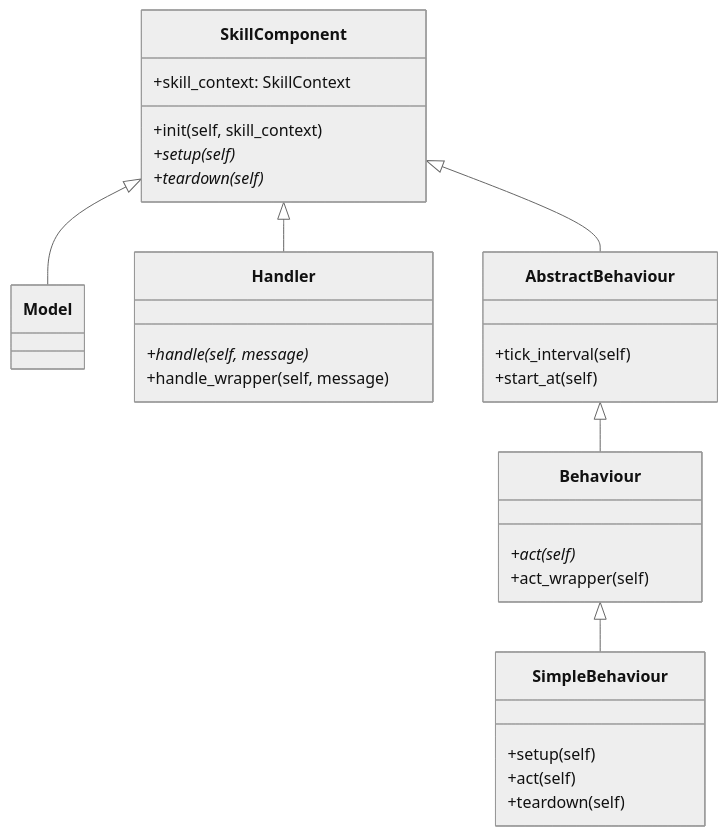
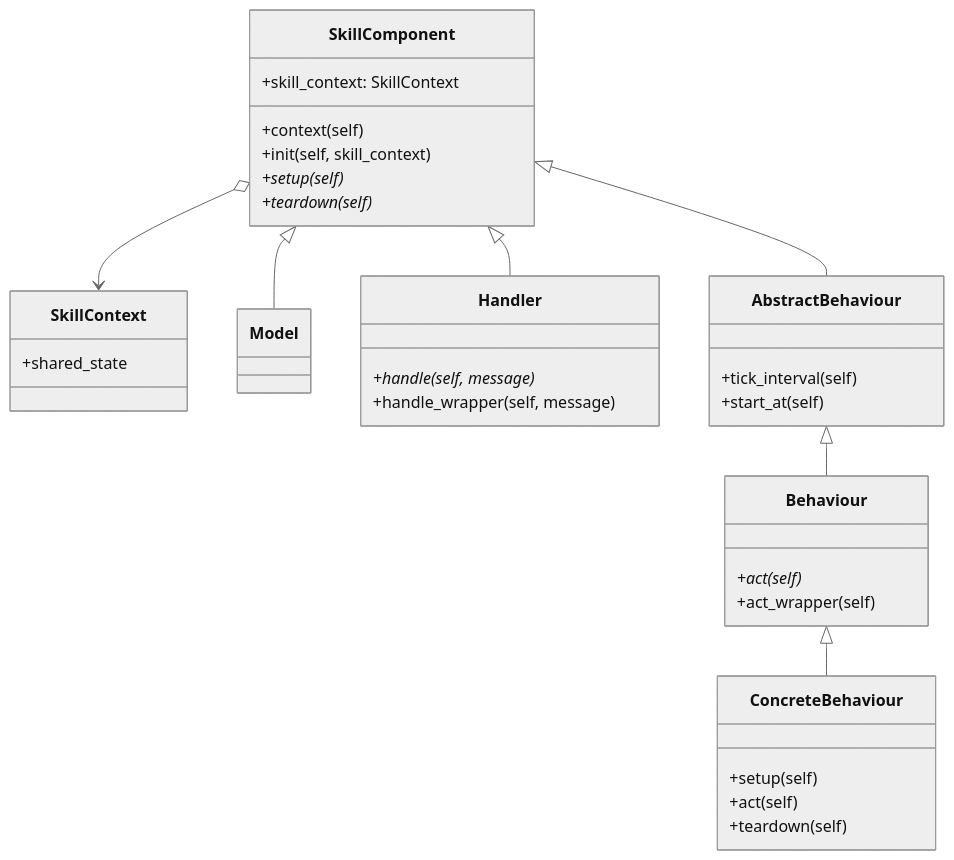
The diagram in docs/aea.md (valory-xyz/open-autonomy), drawn with Mermaid (neutral theme) before and after one commit. The commit also changed other lines of this file and 11 other files, not shown here.

```diff
--- a/docs/aea.md
+++ b/docs/aea.md
@@ -261,33 +168,38 @@
 <div class="mermaid">
 classDiagram
+    SkillComponent o--> SkillContext
     SkillComponent <|-- Model
     SkillComponent <|-- Handler
     SkillComponent <|-- AbstractBehaviour
     AbstractBehaviour <|-- Behaviour
-    Behaviour <|-- SimpleBehaviour
+    Behaviour <|-- ConcreteBehaviour
     class SkillComponent {
         +skill_context: SkillContext
+        +context(self)
         +init(self, skill_context)
         +setup(self)*
         +teardown(self)*
     }
     class Model {
     }
     class Handler {
         +handle(self, message)*
         +handle_wrapper(self, message)
     }
     class AbstractBehaviour{
       +tick_interval(self)
       +start_at(self)
     }
     class Behaviour {
         +act(self)*
         +act_wrapper(self)
     }
-    class SimpleBehaviour {
+    class ConcreteBehaviour {
         +setup(self)
         +act(self)
         +teardown(self)
     }
+    class SkillContext {
+        +shared_state
+    }
 </div>
```
